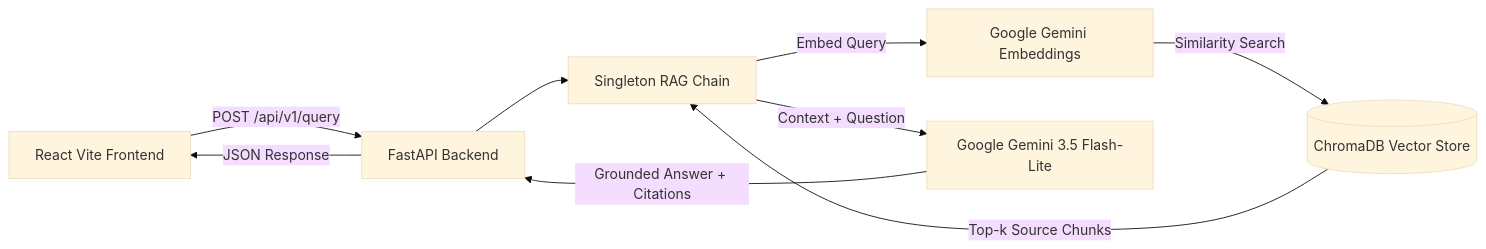
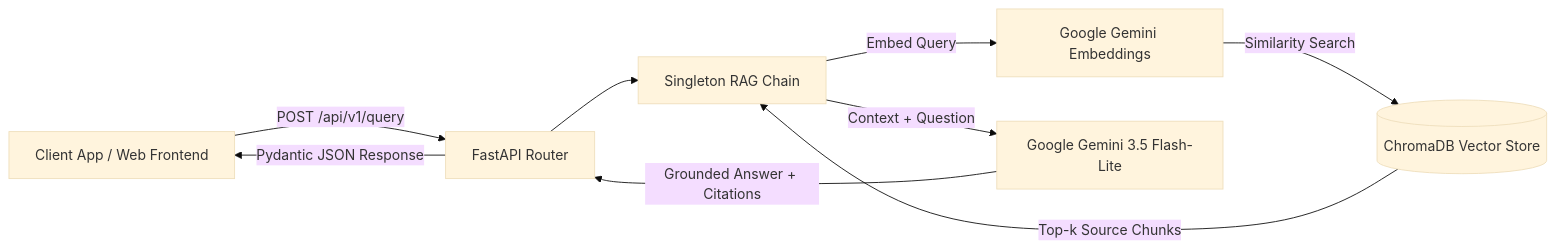
Before and after one commit to Chengetanaim/short-intense-movements-rag: the diagram in README.md, drawn with Mermaid (base theme). The commit also changed other lines of this file, not shown here.

````diff
--- a/README.md
+++ b/README.md
@@ -36,11 +31,11 @@
 ```mermaid
 flowchart LR
-    A[React Vite Frontend] -->|POST /api/v1/query| B[FastAPI Backend]
+    A[Client App / Web Frontend] -->|POST /api/v1/query| B[FastAPI Router]
     B --> C[Singleton RAG Chain]
     C -->|Embed Query| D[Google Gemini Embeddings]
     D -->|Similarity Search| E[(ChromaDB Vector Store)]
     E -->|Top-k Source Chunks| C
     C -->|Context + Question| F[Google Gemini 3.5 Flash-Lite]
     F -->|Grounded Answer + Citations| B
-    B -->|JSON Response| A
+    B -->|Pydantic JSON Response| A
 ```
````
